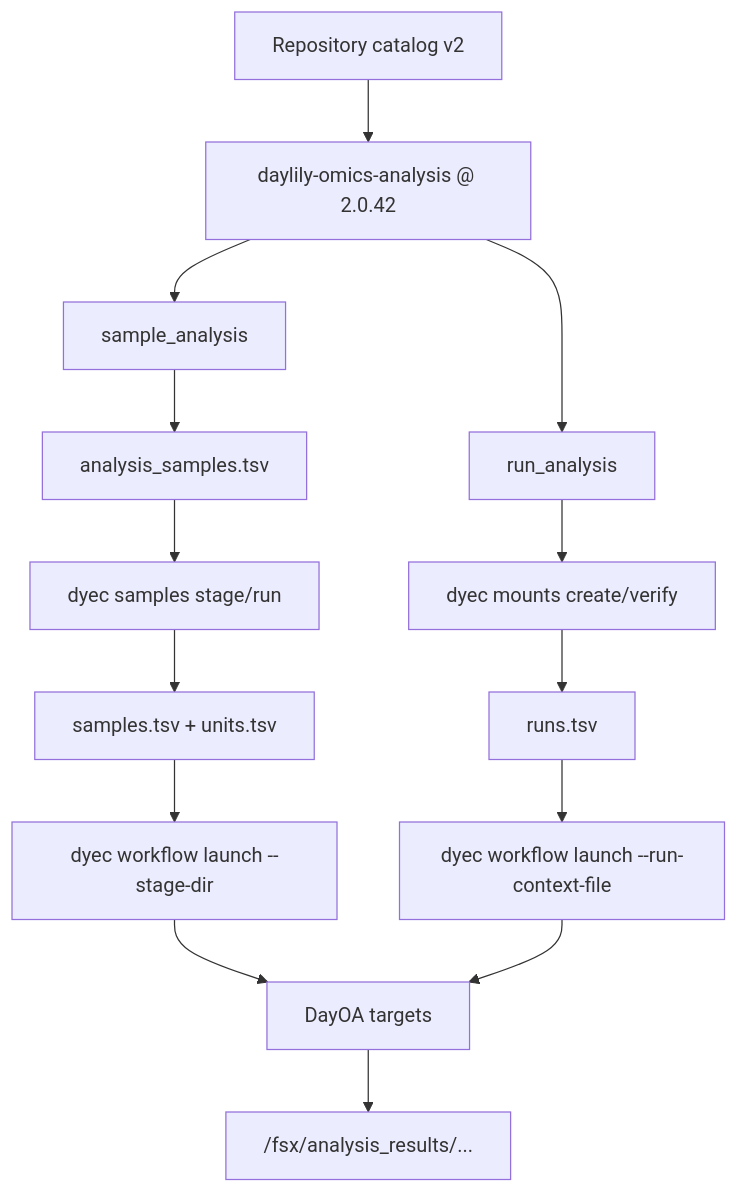
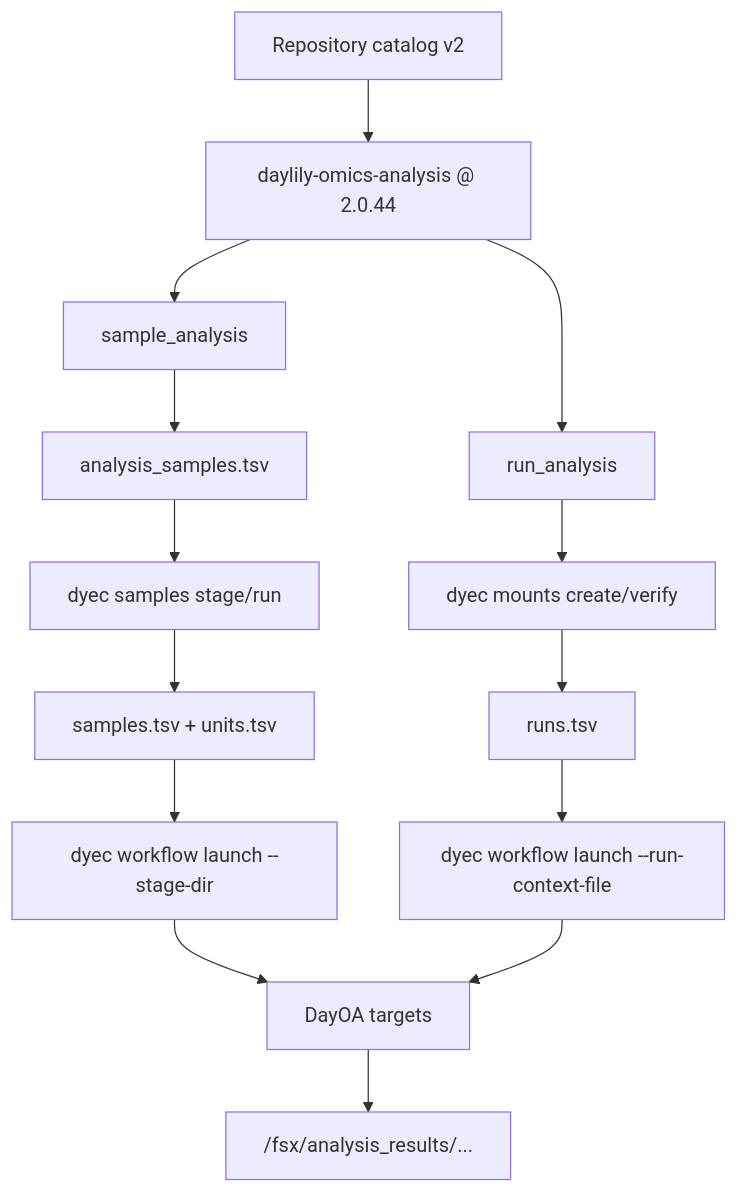
The third of 3 diagrams in docs/dra_fsx_strategy.md (Daylily-Informatics/daylily-ephemeral-cluster), drawn with Mermaid before and after one commit. The commit also changed other lines of this file and 27 other files, not shown here.

````diff
--- a/docs/dra_fsx_strategy.md
+++ b/docs/dra_fsx_strategy.md
@@ -102,19 +102,19 @@
 ```mermaid
 flowchart TB
-  Catalog["Repository catalog v2"] --> Repo["daylily-omics-analysis @ 2.0.42"]
+  Catalog["Repository catalog v2"] --> Repo["daylily-omics-analysis @ 2.0.44"]
   Repo --> Sample["sample_analysis"]
   Repo --> Run["run_analysis"]
 
   Sample --> Manifest["analysis_samples.tsv"]
   Manifest --> Stage["dyec samples stage/run"]
   Stage --> TSV["samples.tsv + units.tsv"]
   TSV --> LaunchA["dyec workflow launch --stage-dir"]
 
   Run --> Mount["dyec mounts create/verify"]
   Mount --> Runs["runs.tsv"]
   Runs --> LaunchB["dyec workflow launch --run-context-file"]
 
   LaunchA --> DayOA["DayOA targets"]
   LaunchB --> DayOA
   DayOA --> Results["/fsx/analysis_results/..."]
 ```
````
